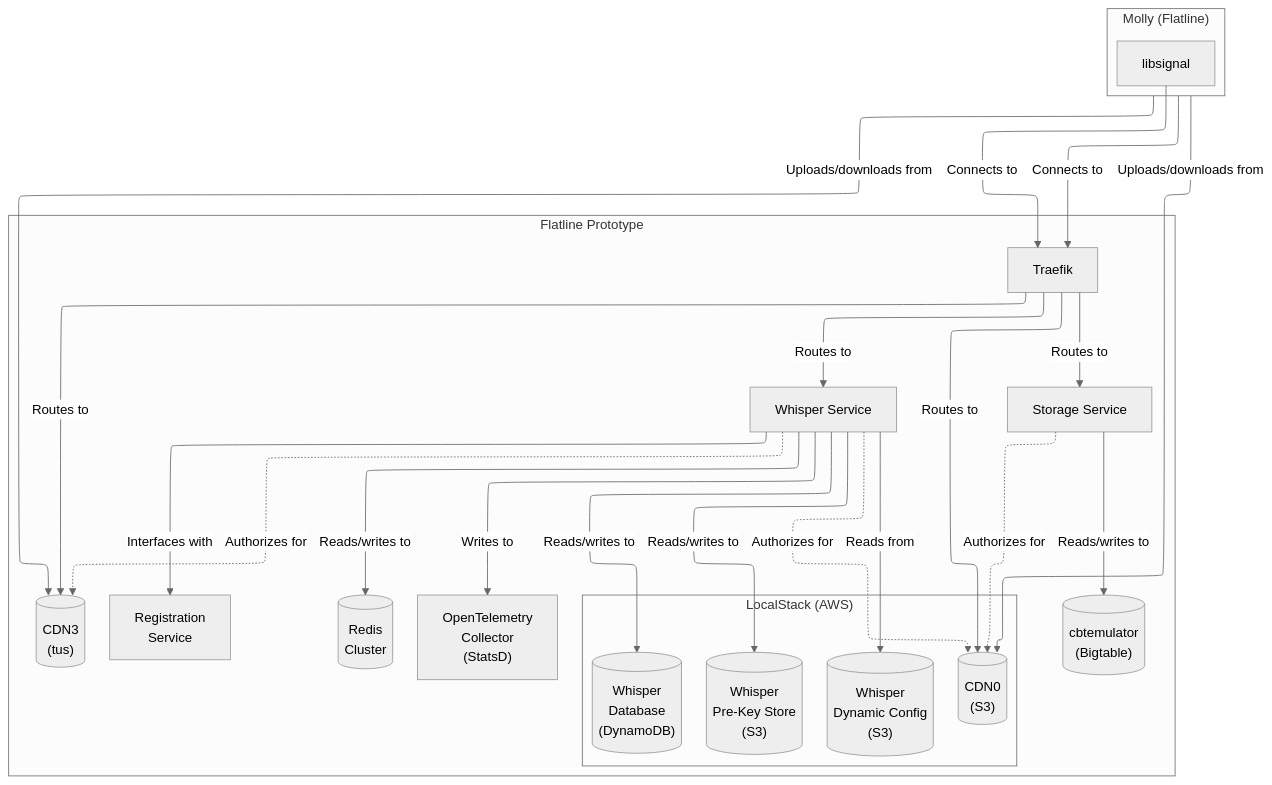
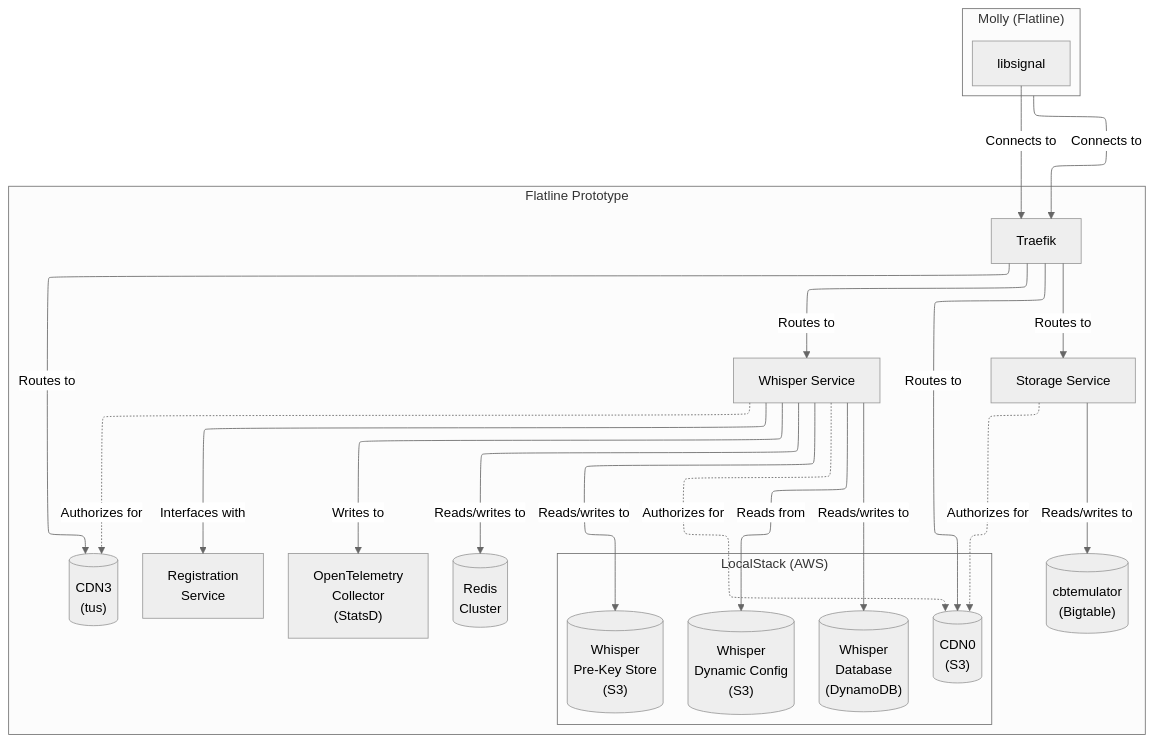
One commit to mollyim/flatline-platform changed the diagram in docs/architecture.mmd. Above: the diagram before and after it, drawn with Mermaid. The commit also changed 1 other file, not shown here.

Commit message:
doc: improve architecture diagram

```diff
--- a/docs/architecture.mmd
+++ b/docs/architecture.mmd
@@ -1,52 +1,50 @@
 ---
 config:
   theme: "neutral"
   flowchart:
     defaultRenderer: "elk"
 ---
 
 flowchart TD
     molly -->|Connects to| traefik
-    molly -->|Uploads/downloads from| cdn0
-    molly -->|Uploads/downloads from| cdn3
     lib -->|Connects to| traefik
 
     traefik -->|Routes to| whisper
     traefik -->|Routes to| storage
     traefik -->|Routes to| cdn0
     traefik -->|Routes to| cdn3
 
     whisper -->|Reads/writes to| redis
     whisper -->|Interfaces with| registration
-    whisper -.->|Authorizes for| cdn0
-    whisper -.->|Authorizes for| cdn3
     whisper -->|Reads/writes to| whisper-pre-key-store
     whisper -->|Reads/writes to| whisper-database
     whisper -->|Reads from| whisper-dynamic-config
     whisper -->|Writes to| otel
+    whisper -.->|Authorizes for| cdn0
+    whisper -.->|Authorizes for| cdn3
 
     storage -->|Reads/writes to| cbtemulator
     storage -.->|Authorizes for| cdn0
 
     subgraph molly["Molly (Flatline)"]
         lib[libsignal]
     end
 
     subgraph localstack["LocalStack (AWS)"]
         cdn0@{ shape: cyl, label: "CDN0<br>(S3)" }
         whisper-database@{ shape: cyl, label: "Whisper<br>Database<br>(DynamoDB)" }
         whisper-dynamic-config@{ shape: cyl, label: "Whisper<br>Dynamic Config<br>(S3)" }
         whisper-pre-key-store@{ shape: cyl, label: "Whisper<br>Pre-Key Store<br>(S3)" }
     end
 
     subgraph "Flatline Prototype"
         traefik[Traefik]
         whisper[Whisper Service]
         storage[Storage Service]
         localstack[LocalStack]
         registration[Registration<br>Service]
         cdn3@{ shape: cyl, label: "CDN3<br>(tus)" }
         redis@{ shape: cyl, label: "Redis<br>Cluster"}
         cbtemulator@{ shape: cyl, label: "cbtemulator<br>(Bigtable)"}
         otel["OpenTelemetry<br>Collector<br>(StatsD)"]
     end
```
